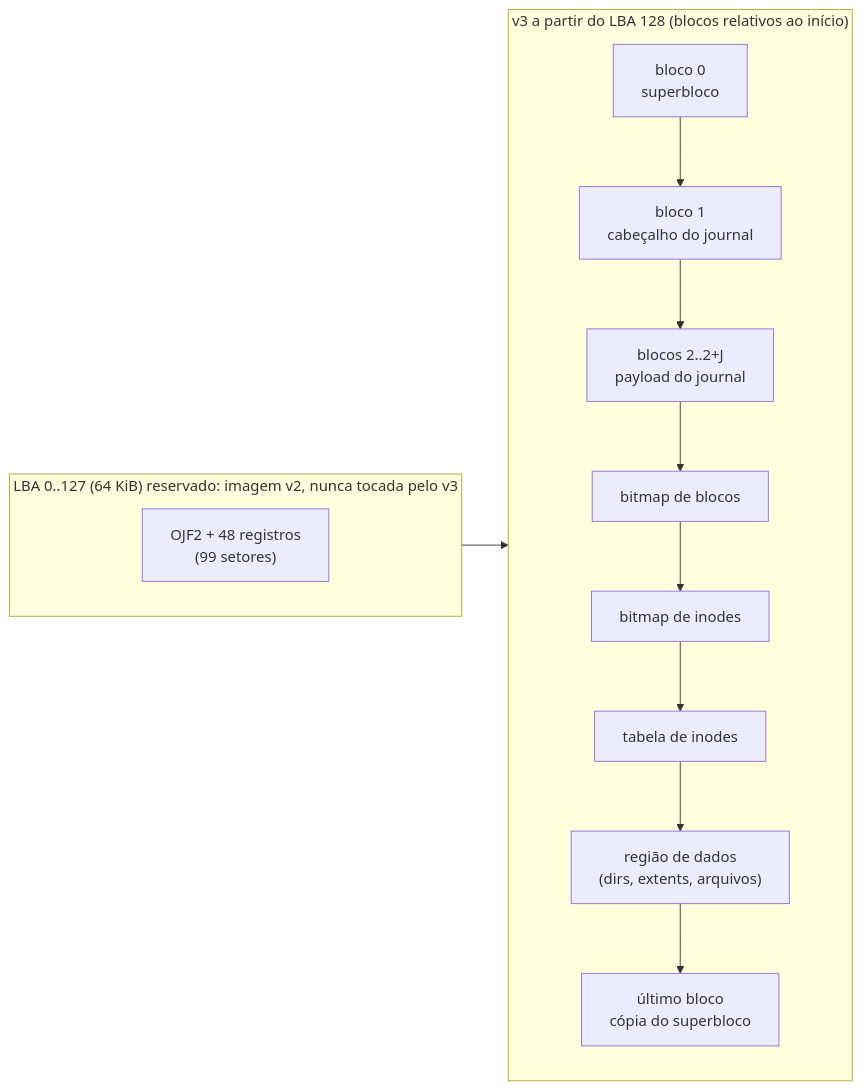
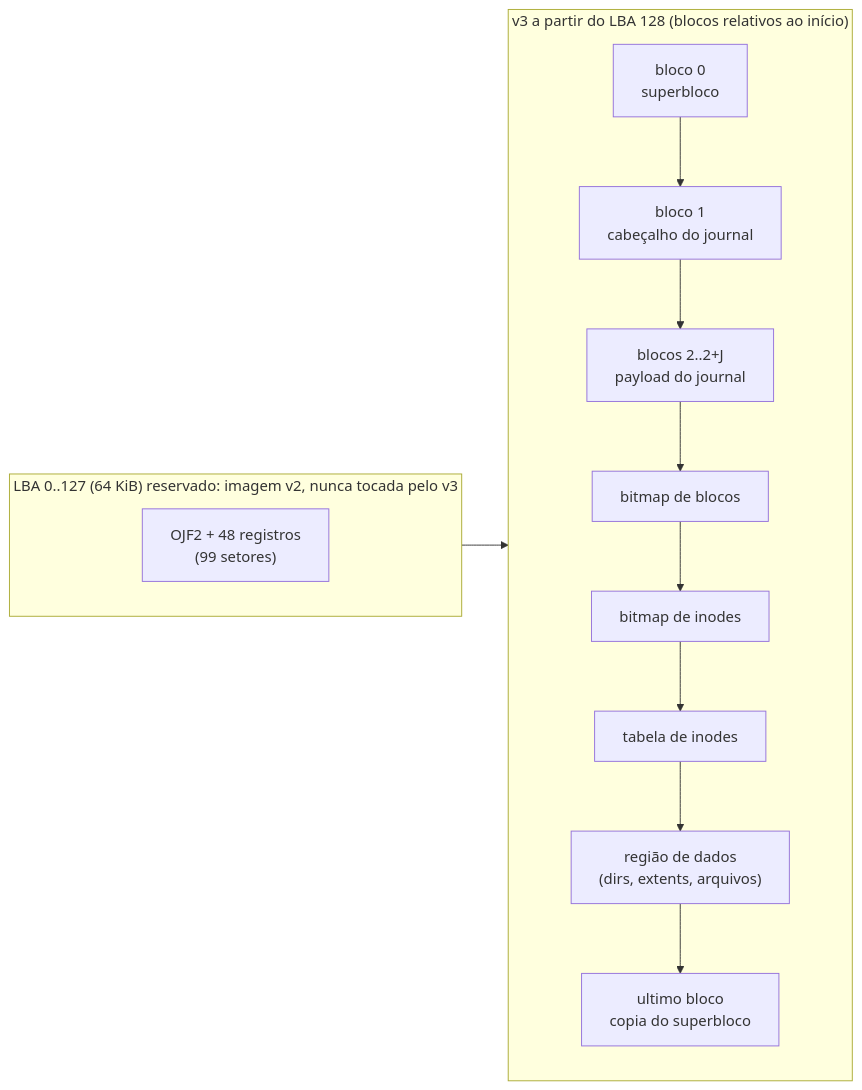
Before and after one commit to Jeffinp/OSjeff: the first of 4 diagrams in docs/design/ojfs3.md, drawn with Mermaid. The commit also changed other lines of this file, not shown here.

````diff
--- a/docs/design/ojfs3.md
+++ b/docs/design/ojfs3.md
@@ -57,16 +57,16 @@
 ```mermaid
 flowchart LR
   subgraph reservado["LBA 0..127 (64 KiB) reservado: imagem v2, nunca tocada pelo v3"]
     V2["OJF2 + 48 registros<br/>(99 setores)"]
   end
   subgraph v3["v3 a partir do LBA 128 (blocos relativos ao início)"]
     SB["bloco 0<br/>superbloco"] --> JH["bloco 1<br/>cabeçalho do journal"]
     JH --> JP["blocos 2..2+J<br/>payload do journal"]
     JP --> BB["bitmap de blocos"]
     BB --> IB["bitmap de inodes"]
     IB --> IT["tabela de inodes"]
     IT --> DATA["região de dados<br/>(dirs, extents, arquivos)"]
-    DATA --> SB2["último bloco<br/>cópia do superbloco"]
+    DATA --> SB2["ultimo bloco<br/>copia do superbloco"]
   end
   reservado --> v3
 ```
````
